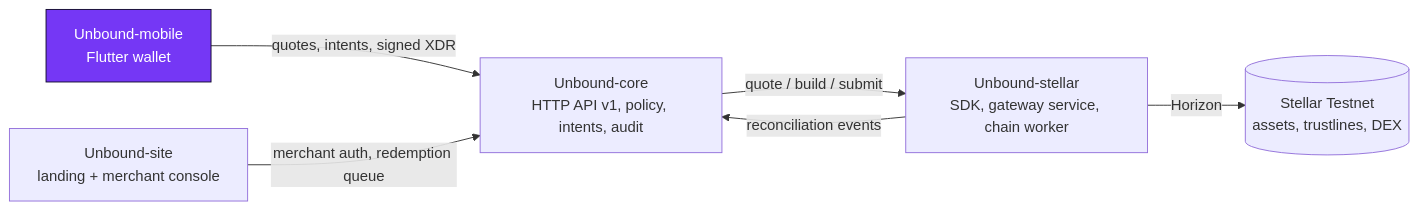
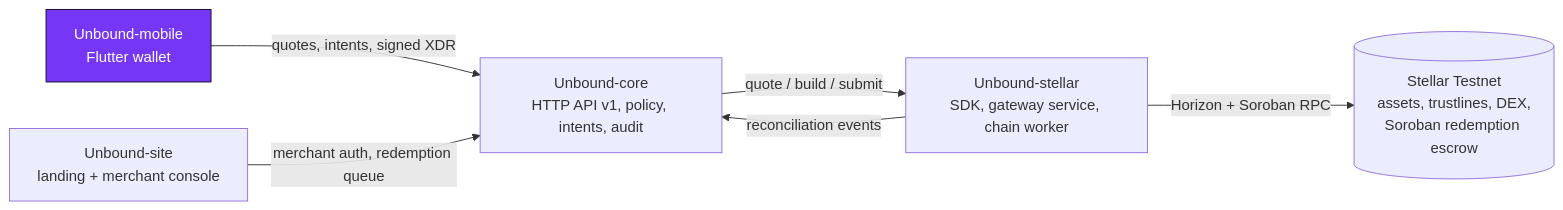
Before and after one commit to Unbound224/Unbound-mobile: the diagram in README.md, drawn with Mermaid. The commit also changed other lines of this file and 21 other files, not shown here.

````diff
--- a/README.md
+++ b/README.md
@@ -49,14 +53,14 @@
 ```mermaid
 flowchart LR
   M["Unbound-mobile<br/>Flutter wallet"]
   S["Unbound-site<br/>landing + merchant console"]
   C["Unbound-core<br/>HTTP API v1, policy, intents, audit"]
   G["Unbound-stellar<br/>SDK, gateway service, chain worker"]
-  N[("Stellar Testnet<br/>assets, trustlines, DEX")]
+  N[("Stellar Testnet<br/>assets, trustlines, DEX,<br/>Soroban redemption escrow")]
   M -- "quotes, intents, signed XDR" --> C
   S -- "merchant auth, redemption queue" --> C
   C -- "quote / build / submit" --> G
-  G -- "Horizon" --> N
+  G -- "Horizon + Soroban RPC" --> N
   G -- "reconciliation events" --> C
   style M fill:#7537F5,stroke:#10092E,color:#ffffff
 ```
````
